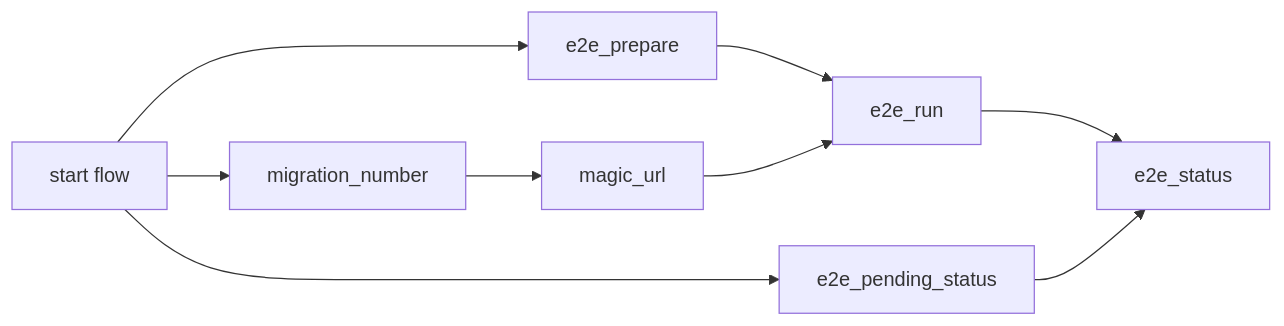
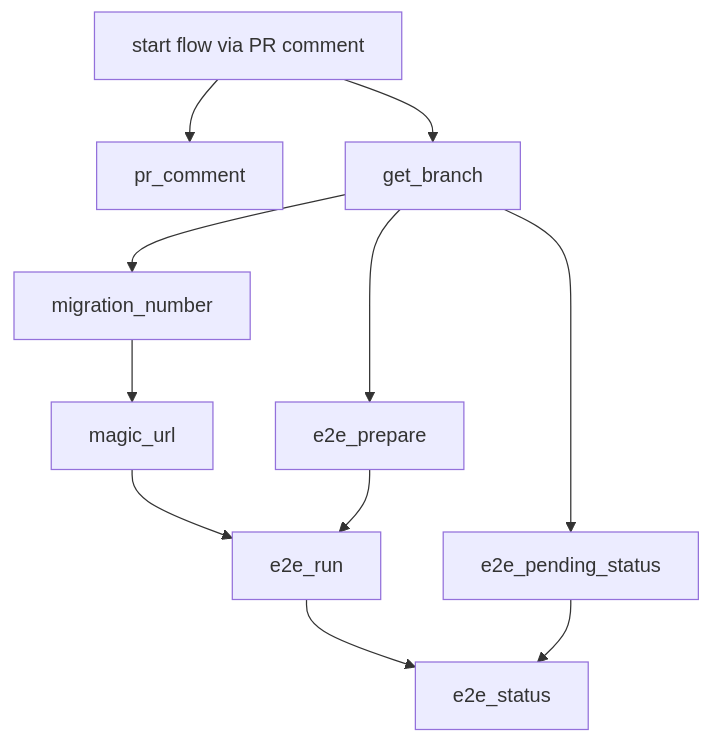
Before and after one commit to JupiterOne/.github: the diagram in .github/workflows/docs/frontend/frontend_runtime_application_manual_e2e_run.md, drawn with Mermaid. The commit also changed 7 other files, not shown here.

````diff
--- a/.github/workflows/docs/frontend/frontend_runtime_application_manual_e2e_run.md
+++ b/.github/workflows/docs/frontend/frontend_runtime_application_manual_e2e_run.md
@@ -73,24 +73,23 @@
 ```mermaid
-graph LR;
-    A[start flow];
-
-    B[migration_number];
-    C[e2e_pending_status];
-    D[e2e_prepare];
-
-    E[magic_url];
-    
-    F[e2e_run];
-    G[e2e_status];
+graph TD;
+    A[start flow via PR comment];
+    B[pr_comment]
+    C[get_branch]
+    D[e2e_pending_status]
+    E[migration_number];
+    G[e2e_prepare];
+    H[magic_url];
+    I[e2e_run];
+    J[e2e_status];
 
     A --> B;
     A --> C;
-    A --> D;
-
-    B --> E;
-    D --> F;
-    E --> F;
-
-    F --> G;
+    C --> E;
     C --> G;
+    C --> D;
+    E --> H;
+    H --> I;
+    I --> J;
+    D --> J;
+    G --> I;
 ```
````
